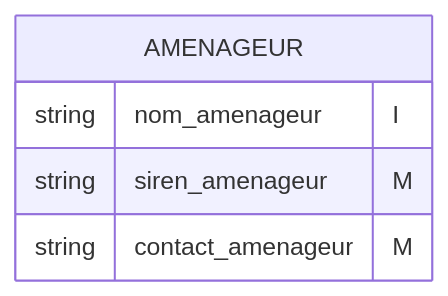
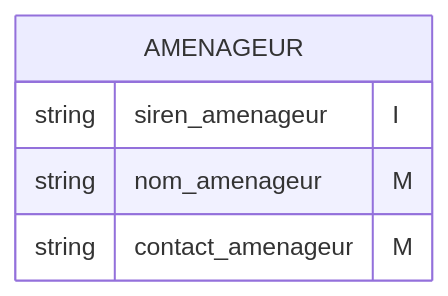
Before and after one commit to MTES-MCT/qualicharge: the seventh of 16 diagrams in docs/modele.md, drawn with Mermaid. The commit also changed other lines of this file, not shown here.

````diff
--- a/docs/modele.md
+++ b/docs/modele.md
@@ -198,8 +198,8 @@
 ```mermaid
 erDiagram
 AMENAGEUR {
-  string nom_amenageur "I"
-  string siren_amenageur "M"
+  string siren_amenageur "I"
+  string nom_amenageur "M"
   string contact_amenageur "M"
   }
 ```
````
